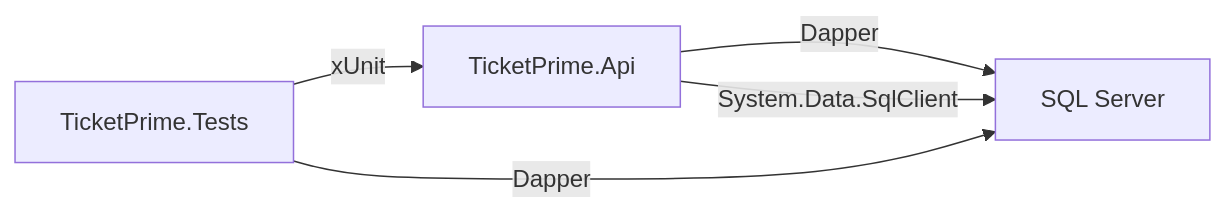
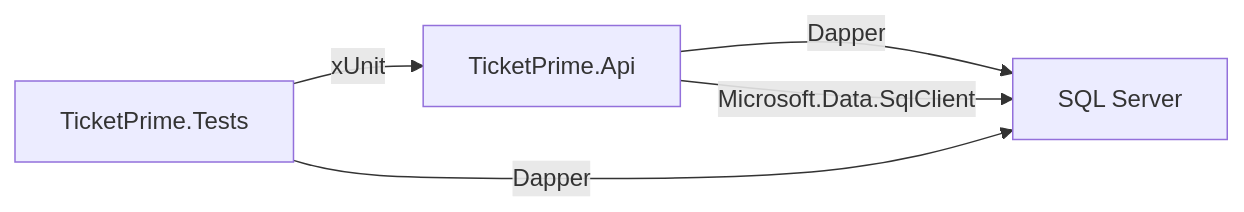
One commit to opedroalves-dev/ticketprime-backend changed the second of 2 diagrams in docs/estrutura-inicial-ticketprime.md. Above: the diagram before and after it, drawn with Mermaid. The commit also changed other lines of this file and 174 other files, not shown here.

````diff
--- a/docs/estrutura-inicial-ticketprime.md
+++ b/docs/estrutura-inicial-ticketprime.md
@@ -138,7 +137,7 @@
 ```mermaid
 graph LR
     API[TicketPrime.Api] -->|Dapper| SQL[SQL Server]
-    API -->|System.Data.SqlClient| SQL
+    API -->|Microsoft.Data.SqlClient| SQL
     TEST[TicketPrime.Tests] -->|xUnit| API
     TEST -->|Dapper| SQL
 ```
````
